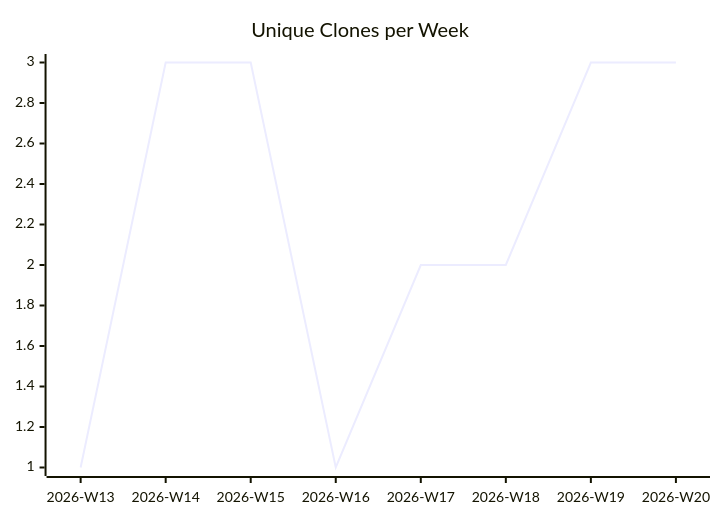
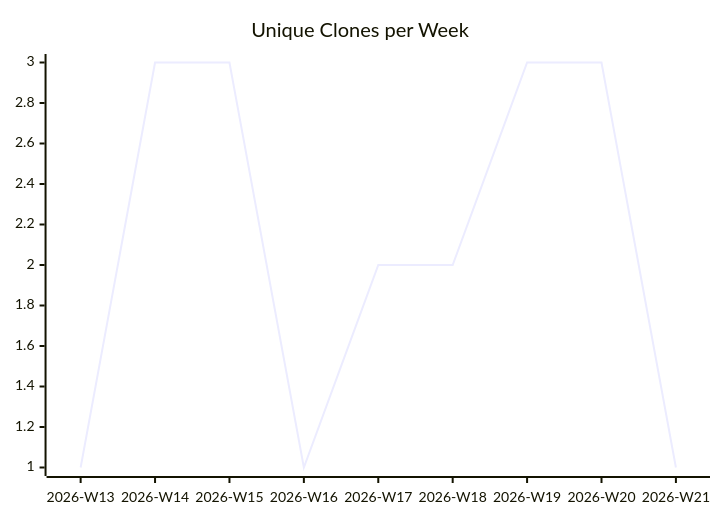
The third of 3 diagrams in karlmdavis/puppet-sonar/README.md (justdavis-family/github-analytics-data), drawn with Mermaid before and after one commit. The commit also changed other lines of this file and 189 other files, not shown here.

````diff
--- a/karlmdavis/puppet-sonar/README.md
+++ b/karlmdavis/puppet-sonar/README.md
@@ -19,6 +19,6 @@
 ```mermaid
 xychart-beta
   title "Unique Clones per Week"
-  x-axis ["2026-W13", "2026-W14", "2026-W15", "2026-W16", "2026-W17", "2026-W18", "2026-W19", "2026-W20"]
-  line [1, 3, 3, 1, 2, 2, 3, 3]
+  x-axis ["2026-W13", "2026-W14", "2026-W15", "2026-W16", "2026-W17", "2026-W18", "2026-W19", "2026-W20", "2026-W21"]
+  line [1, 3, 3, 1, 2, 2, 3, 3, 1]
 ```
````
